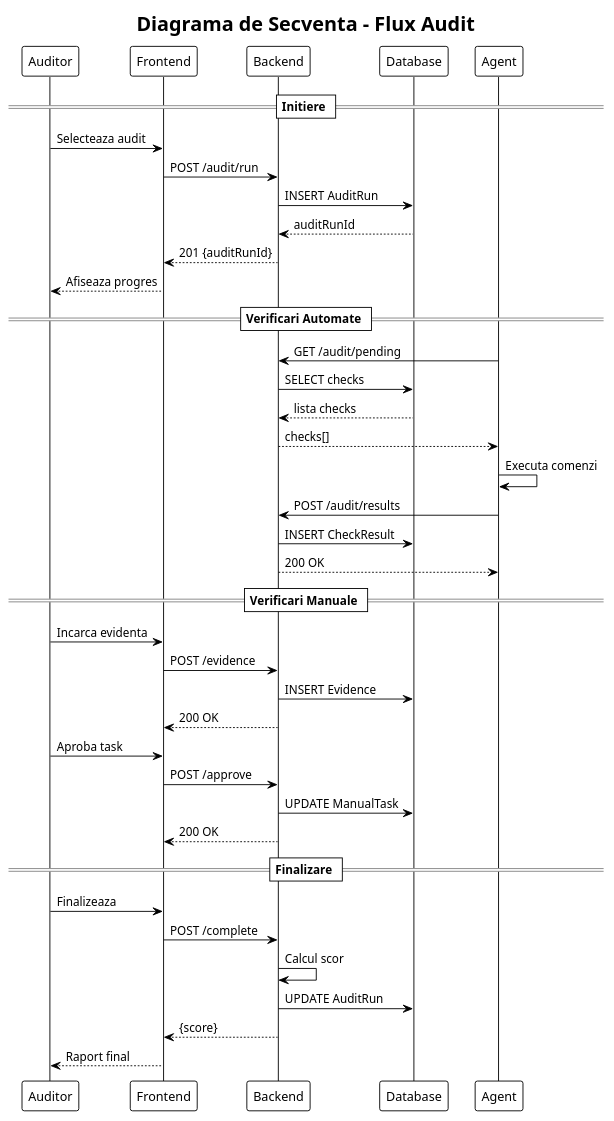
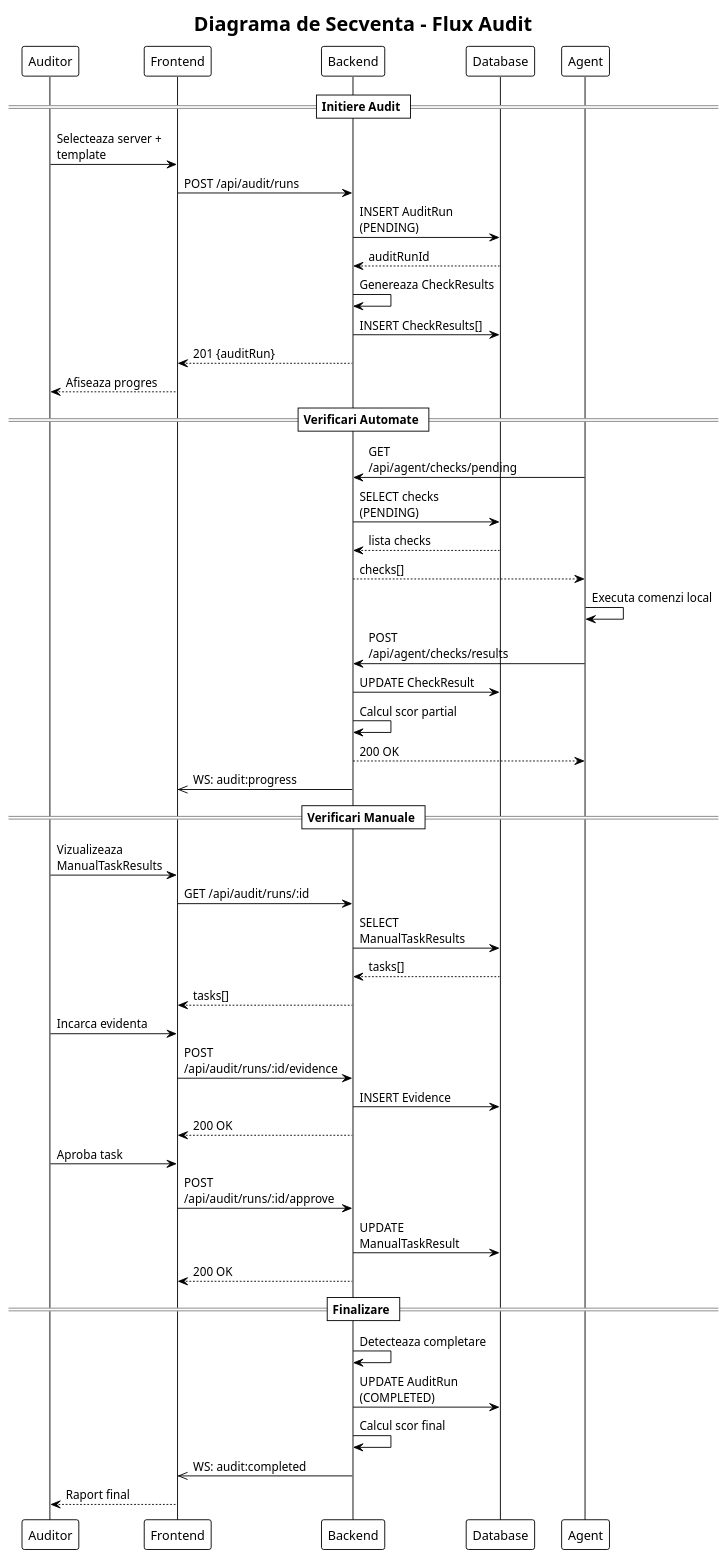
One commit to davidalexandru23/Platforma-containerizat-destinat-auditului-serverelor changed the diagram in diagrame/diagrama_secventa_audit.puml. Above: the diagram before and after it, drawn with PlantUML. The commit also changed 86 other files, not shown here.

```diff
--- a/diagrame/diagrama_secventa_audit.puml
+++ b/diagrame/diagrama_secventa_audit.puml
@@ -1,54 +1,64 @@
 @startuml diagrama_secventa_audit
 !theme plain
 skinparam backgroundColor white
 skinparam defaultFontName Arial
 skinparam responseMessageBelowArrow true
 skinparam maxMessageSize 150
 
 title Diagrama de Secventa - Flux Audit
 
 participant "Auditor" as A
 participant "Frontend" as F
 participant "Backend" as B
 participant "Database" as D
 participant "Agent" as G
 
-== Initiere ==
-A -> F : Selecteaza audit
-F -> B : POST /audit/run
-B -> D : INSERT AuditRun
+== Initiere Audit ==
+A -> F : Selecteaza server + template
+F -> B : POST /api/audit/runs
+B -> D : INSERT AuditRun (PENDING)
 D --> B : auditRunId
-B --> F : 201 {auditRunId}
+B -> B : Genereaza CheckResults
+B -> D : INSERT CheckResults[]
+B --> F : 201 {auditRun}
 F --> A : Afiseaza progres
 
 == Verificari Automate ==
-G -> B : GET /audit/pending
-B -> D : SELECT checks
+G -> B : GET /api/agent/checks/pending
+B -> D : SELECT checks (PENDING)
 D --> B : lista checks
 B --> G : checks[]
 
-G -> G : Executa comenzi
-G -> B : POST /audit/results
-B -> D : INSERT CheckResult
+G -> G : Executa comenzi local
+G -> B : POST /api/agent/checks/results
+B -> D : UPDATE CheckResult
+B -> B : Calcul scor partial
 B --> G : 200 OK
 
+B ->> F : WS: audit:progress
+
 == Verificari Manuale ==
+A -> F : Vizualizeaza ManualTaskResults
+F -> B : GET /api/audit/runs/:id
+B -> D : SELECT ManualTaskResults
+D --> B : tasks[]
+B --> F : tasks[]
+
 A -> F : Incarca evidenta
-F -> B : POST /evidence
+F -> B : POST /api/audit/runs/:id/evidence
 B -> D : INSERT Evidence
 B --> F : 200 OK
 
 A -> F : Aproba task
-F -> B : POST /approve
-B -> D : UPDATE ManualTask
+F -> B : POST /api/audit/runs/:id/approve
+B -> D : UPDATE ManualTaskResult
 B --> F : 200 OK
 
 == Finalizare ==
-A -> F : Finalizeaza
-F -> B : POST /complete
-B -> B : Calcul scor
-B -> D : UPDATE AuditRun
-B --> F : {score}
+B -> B : Detecteaza completare
+B -> D : UPDATE AuditRun (COMPLETED)
+B -> B : Calcul scor final
+B ->> F : WS: audit:completed
 F --> A : Raport final
 
 @enduml
```
